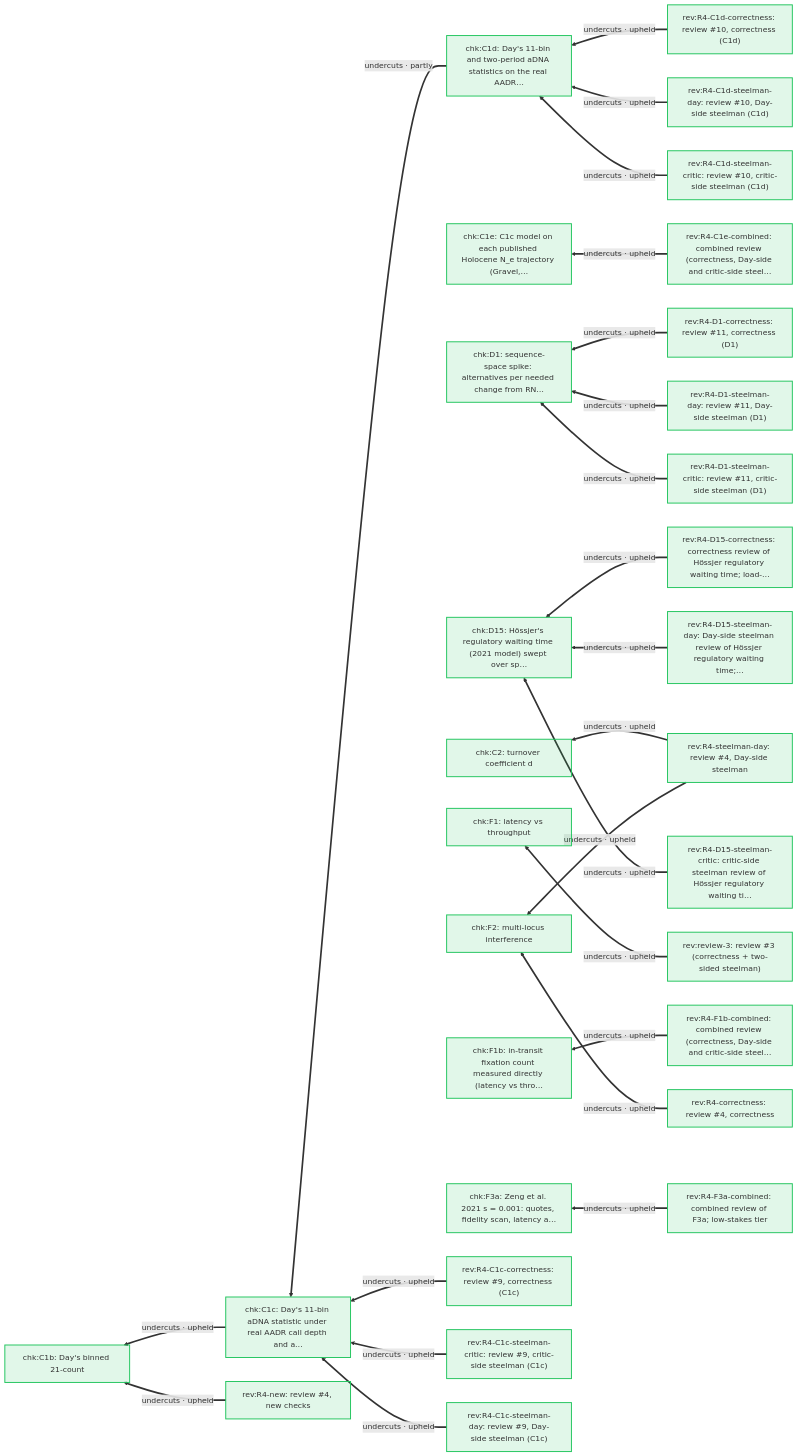
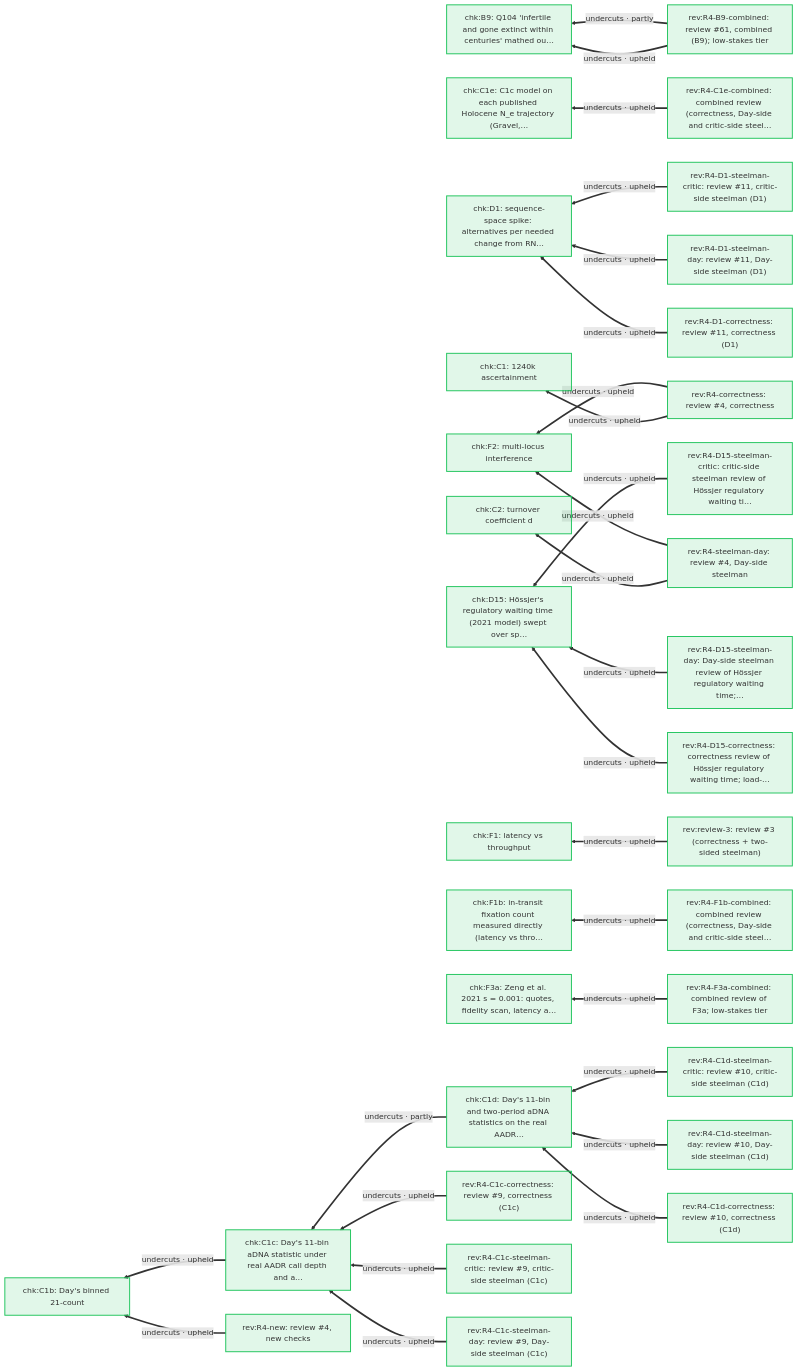
Diagram 19 of 21 in docs/arguments/defeaters.md (nickallevato/evo-sim), drawn with Mermaid before and after one commit. The commit also changed other lines of this file and 7 other files, not shown here.

First line of the commit message:
Argmap: chk/rev ids, defeaters d431-d444, lineage nodes, mini-forms; counts and figures

````diff
--- a/docs/arguments/defeaters.md
+++ b/docs/arguments/defeaters.md
@@ -986,60 +1017,66 @@
 ```mermaid
 flowchart RL
   classDef day fill:#f59e0b22,stroke:#f59e0b,stroke-width:2px
   classDef ally fill:#d9770622,stroke:#d97706,stroke-width:2px
   classDef critic fill:#3b82f622,stroke:#3b82f6,stroke-width:2px
   classDef literature fill:#a3a3a322,stroke:#a3a3a3,stroke-width:2px
   classDef audit fill:#22c55e22,stroke:#22c55e,stroke-width:2px
+  chk_B9["chk:B9: Q104 'infertile and gone extinct within centuries' mathed ou…"]:::audit
+  chk_C1["chk:C1: 1240k ascertainment"]:::audit
   chk_C1b["chk:C1b: Day's binned 21-count"]:::audit
   chk_C1c["chk:C1c: Day's 11-bin aDNA statistic under real AADR call depth and a…"]:::audit
   chk_C1d["chk:C1d: Day's 11-bin and two-period aDNA statistics on the real AADR…"]:::audit
   chk_C1e["chk:C1e: C1c model on each published Holocene N_e trajectory (Gravel,…"]:::audit
   chk_C2["chk:C2: turnover coefficient d"]:::audit
   chk_D1["chk:D1: sequence-space spike: alternatives per needed change from RN…"]:::audit
   chk_D15["chk:D15: Hössjer's regulatory waiting time (2021 model) swept over sp…"]:::audit
   chk_F1["chk:F1: latency vs throughput"]:::audit
   chk_F1b["chk:F1b: in-transit fixation count measured directly (latency vs thro…"]:::audit
   chk_F2["chk:F2: multi-locus interference"]:::audit
   chk_F3a["chk:F3a: Zeng et al. 2021 s = 0.001: quotes, fidelity scan, latency a…"]:::audit
+  rev_R4_B9_combined["rev:R4-B9-combined: review #61, combined (B9); low-stakes tier"]:::audit
   rev_R4_C1c_correctness["rev:R4-C1c-correctness: review #9, correctness (C1c)"]:::audit
   rev_R4_C1c_steelman_critic["rev:R4-C1c-steelman-critic: review #9, critic-side steelman (C1c)"]:::audit
   rev_R4_C1c_steelman_day["rev:R4-C1c-steelman-day: review #9, Day-side steelman (C1c)"]:::audit
   rev_R4_C1d_correctness["rev:R4-C1d-correctness: review #10, correctness (C1d)"]:::audit
   rev_R4_C1d_steelman_critic["rev:R4-C1d-steelman-critic: review #10, critic-side steelman (C1d)"]:::audit
   rev_R4_C1d_steelman_day["rev:R4-C1d-steelman-day: review #10, Day-side steelman (C1d)"]:::audit
   rev_R4_C1e_combined["rev:R4-C1e-combined: combined review (correctness, Day-side and critic-side steel…"]:::audit
   rev_R4_D1_correctness["rev:R4-D1-correctness: review #11, correctness (D1)"]:::audit
   rev_R4_D1_steelman_critic["rev:R4-D1-steelman-critic: review #11, critic-side steelman (D1)"]:::audit
   rev_R4_D1_steelman_day["rev:R4-D1-steelman-day: review #11, Day-side steelman (D1)"]:::audit
   rev_R4_D15_correctness["rev:R4-D15-correctness: correctness review of Hössjer regulatory waiting time; load-…"]:::audit
   rev_R4_D15_steelman_critic["rev:R4-D15-steelman-critic: critic-side steelman review of Hössjer regulatory waiting ti…"]:::audit
   rev_R4_D15_steelman_day["rev:R4-D15-steelman-day: Day-side steelman review of Hössjer regulatory waiting time;…"]:::audit
   rev_R4_F1b_combined["rev:R4-F1b-combined: combined review (correctness, Day-side and critic-side steel…"]:::audit
   rev_R4_F3a_combined["rev:R4-F3a-combined: combined review of F3a; low-stakes tier"]:::audit
   rev_R4_correctness["rev:R4-correctness: review #4, correctness"]:::audit
   rev_R4_new["rev:R4-new: review #4, new checks"]:::audit
   rev_R4_steelman_day["rev:R4-steelman-day: review #4, Day-side steelman"]:::audit
   rev_review_3["rev:review-3: review #3 (correctness + two-sided steelman)"]:::audit
+  rev_R4_B9_combined ==>|"undercuts · upheld"| chk_B9
+  rev_R4_B9_combined ==>|"undercuts · partly"| chk_B9
+  rev_R4_correctness ==>|"undercuts · upheld"| chk_C1
   rev_R4_new ==>|"undercuts · upheld"| chk_C1b
   chk_C1c ==>|"undercuts · upheld"| chk_C1b
   chk_C1d ==>|"undercuts · partly"| chk_C1c
   rev_R4_C1c_correctness ==>|"undercuts · upheld"| chk_C1c
   rev_R4_C1c_steelman_day ==>|"undercuts · upheld"| chk_C1c
   rev_R4_C1c_steelman_critic ==>|"undercuts · upheld"| chk_C1c
   rev_R4_C1d_correctness ==>|"undercuts · upheld"| chk_C1d
   rev_R4_C1d_steelman_day ==>|"undercuts · upheld"| chk_C1d
   rev_R4_C1d_steelman_critic ==>|"undercuts · upheld"| chk_C1d
   rev_R4_C1e_combined ==>|"undercuts · upheld"| chk_C1e
   rev_R4_steelman_day ==>|"undercuts · upheld"| chk_C2
   rev_R4_D1_correctness ==>|"undercuts · upheld"| chk_D1
   rev_R4_D1_steelman_day ==>|"undercuts · upheld"| chk_D1
   rev_R4_D1_steelman_critic ==>|"undercuts · upheld"| chk_D1
   rev_R4_D15_correctness ==>|"undercuts · upheld"| chk_D15
   rev_R4_D15_steelman_day ==>|"undercuts · upheld"| chk_D15
   rev_R4_D15_steelman_critic ==>|"undercuts · upheld"| chk_D15
   rev_review_3 ==>|"undercuts · upheld"| chk_F1
   rev_R4_F1b_combined ==>|"undercuts · upheld"| chk_F1b
   rev_R4_correctness ==>|"undercuts · upheld"| chk_F2
   rev_R4_steelman_day ==>|"undercuts · upheld"| chk_F2
   rev_R4_F3a_combined ==>|"undercuts · upheld"| chk_F3a
 ```
````
